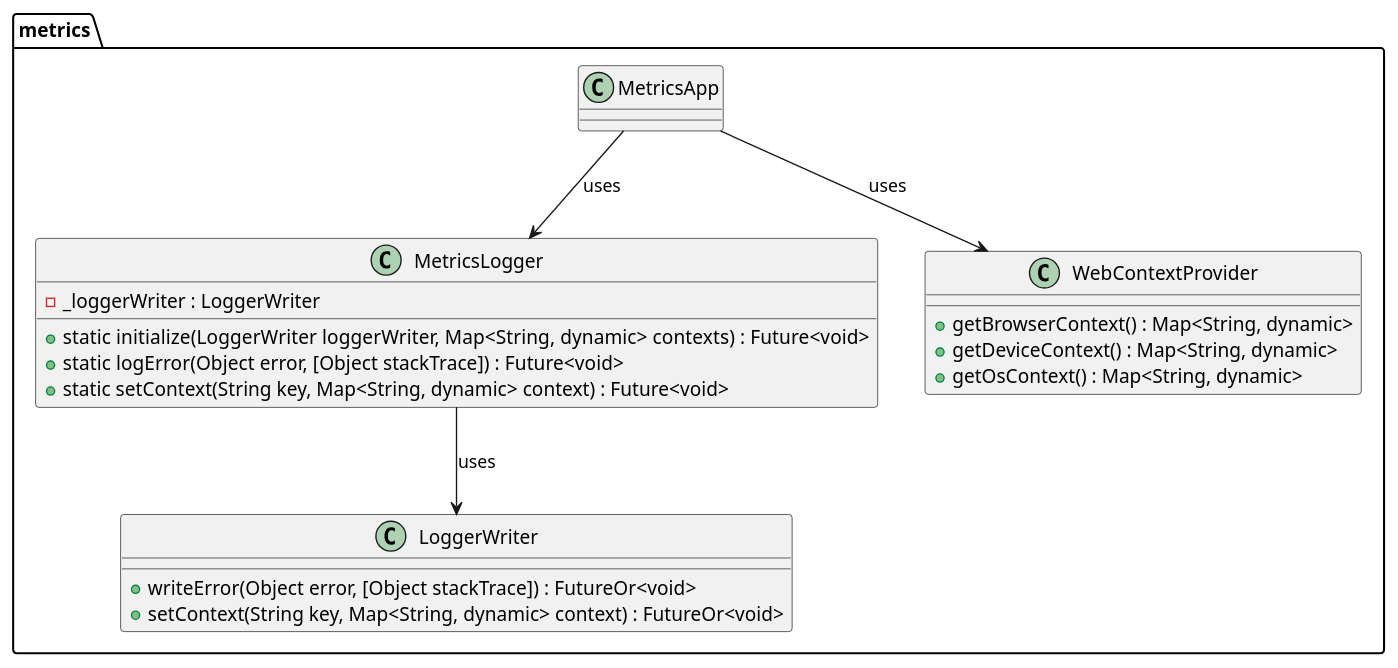
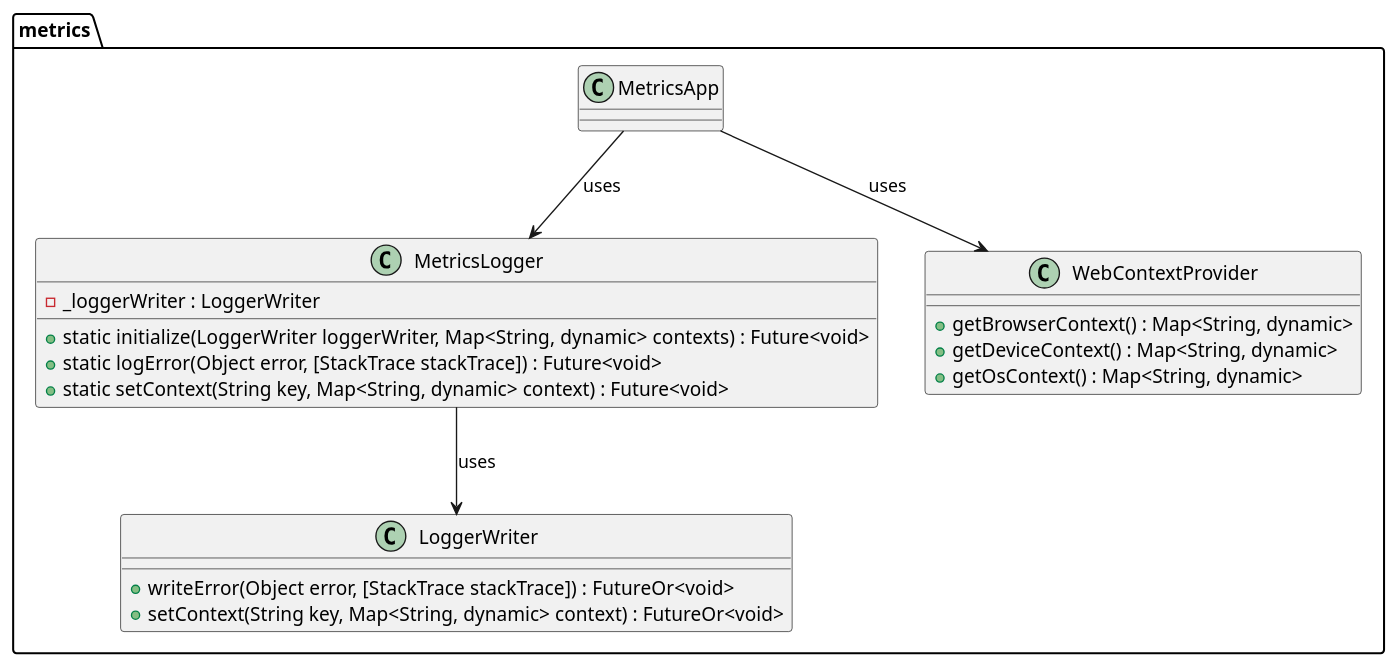
Before and after one commit to Flank/flank-dashboard: the diagram in metrics/web/docs/features/metrics_logger/diagrams/metrics_logger_class_diagram.puml, drawn with PlantUML. The commit also changed 3 other files, not shown here.

```diff
--- a/metrics/web/docs/features/metrics_logger/diagrams/metrics_logger_class_diagram.puml
+++ b/metrics/web/docs/features/metrics_logger/diagrams/metrics_logger_class_diagram.puml
@@ -1,29 +1,29 @@
 @startuml metrics_logger_class_diagram
 
 package metrics {
   class MetricsApp {}
 
   class LoggerWriter {
-    + writeError(Object error, [Object stackTrace]) : FutureOr<void>
+    + writeError(Object error, [StackTrace stackTrace]) : FutureOr<void>
     + setContext(String key, Map<String, dynamic> context) : FutureOr<void>
   }
 
   class MetricsLogger {
     - _loggerWriter : LoggerWriter
     + static initialize(LoggerWriter loggerWriter,  Map<String, dynamic> contexts) : Future<void>
-    + static logError(Object error, [Object stackTrace]) : Future<void>
+    + static logError(Object error, [StackTrace stackTrace]) : Future<void>
     + static setContext(String key, Map<String, dynamic> context) : Future<void>
   }
 
   class WebContextProvider {
     + getBrowserContext() : Map<String, dynamic>
     + getDeviceContext() : Map<String, dynamic>
     + getOsContext() : Map<String, dynamic>
   }
 }
 
 MetricsApp --> WebContextProvider : uses
 MetricsApp --> MetricsLogger : uses
 MetricsLogger --> LoggerWriter : uses
 
 @enduml
```
